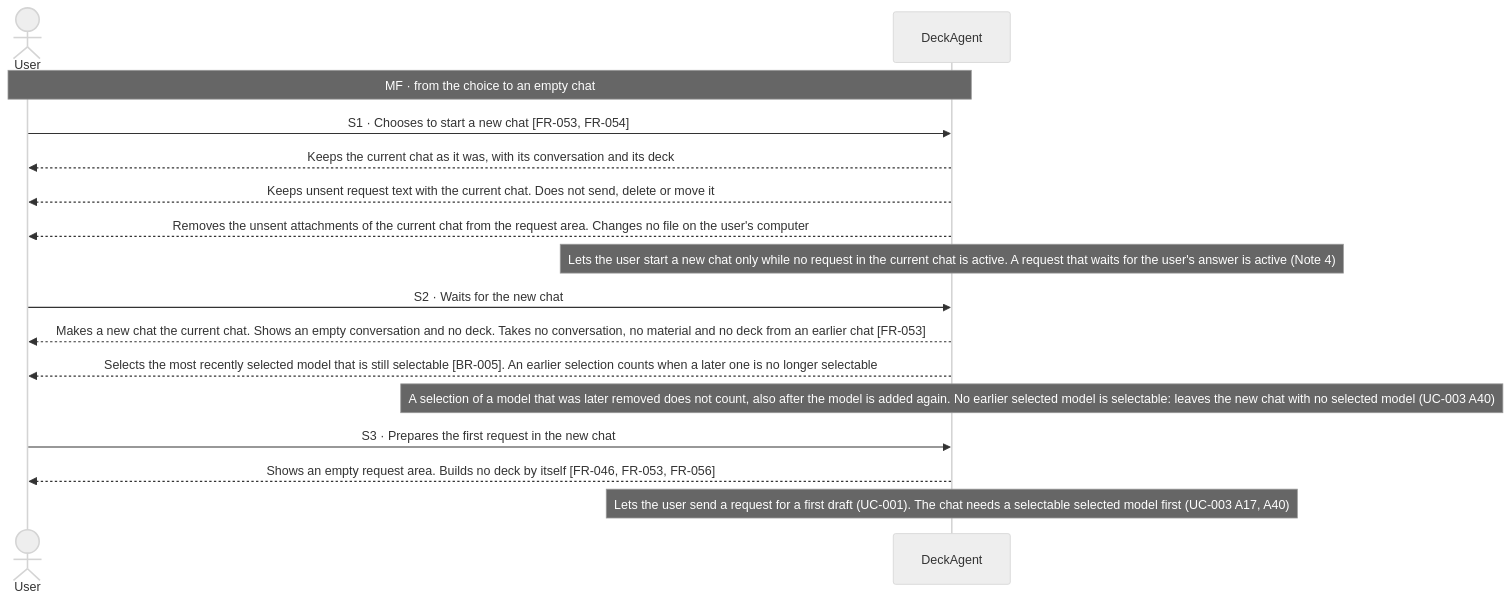
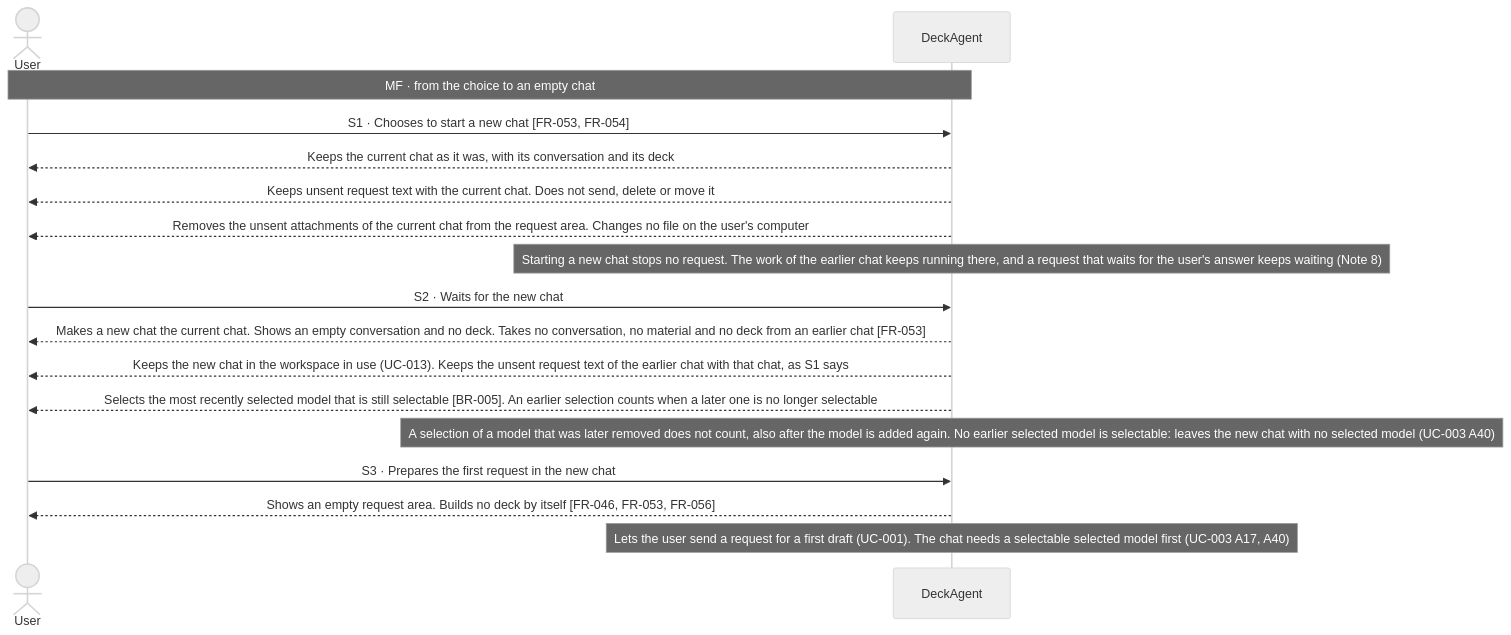
Before and after one commit to Luke23127006/DeckAgent: the diagram in docs/spec/03-use-cases/UC-012.md, drawn with Mermaid (neutral theme). The commit also changed other lines of this file and 30 other files, not shown here.

````diff
--- a/docs/spec/03-use-cases/UC-012.md
+++ b/docs/spec/03-use-cases/UC-012.md
@@ -41,18 +43,19 @@
 ```mermaid
 sequenceDiagram
     actor User
     participant DeckAgent
     Note over User,DeckAgent: MF · from the choice to an empty chat
     User->>DeckAgent: S1 · Chooses to start a new chat [FR-053, FR-054]
     DeckAgent-->>User: Keeps the current chat as it was, with its conversation and its deck
     DeckAgent-->>User: Keeps unsent request text with the current chat. Does not send, delete or move it
     DeckAgent-->>User: Removes the unsent attachments of the current chat from the request area. Changes no file on the user's computer
-    note over DeckAgent: Lets the user start a new chat only while no request in the current chat is active. A request that waits for the user's answer is active (Note 4)
+    note over DeckAgent: Starting a new chat stops no request. The work of the earlier chat keeps running there, and a request that waits for the user's answer keeps waiting (Note 8)
     User->>DeckAgent: S2 · Waits for the new chat
     DeckAgent-->>User: Makes a new chat the current chat. Shows an empty conversation and no deck. Takes no conversation, no material and no deck from an earlier chat [FR-053]
+    DeckAgent-->>User: Keeps the new chat in the workspace in use (UC-013). Keeps the unsent request text of the earlier chat with that chat, as S1 says
     DeckAgent-->>User: Selects the most recently selected model that is still selectable [BR-005]. An earlier selection counts when a later one is no longer selectable
     note over DeckAgent: A selection of a model that was later removed does not count, also after the model is added again. No earlier selected model is selectable: leaves the new chat with no selected model (UC-003 A40)
     User->>DeckAgent: S3 · Prepares the first request in the new chat
     DeckAgent-->>User: Shows an empty request area. Builds no deck by itself [FR-046, FR-053, FR-056]
     note over DeckAgent: Lets the user send a request for a first draft (UC-001). The chat needs a selectable selected model first (UC-003 A17, A40)
 ```
````
